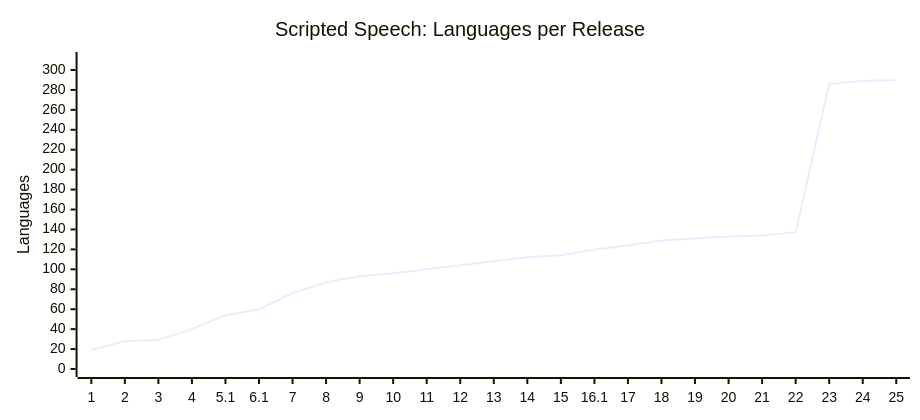
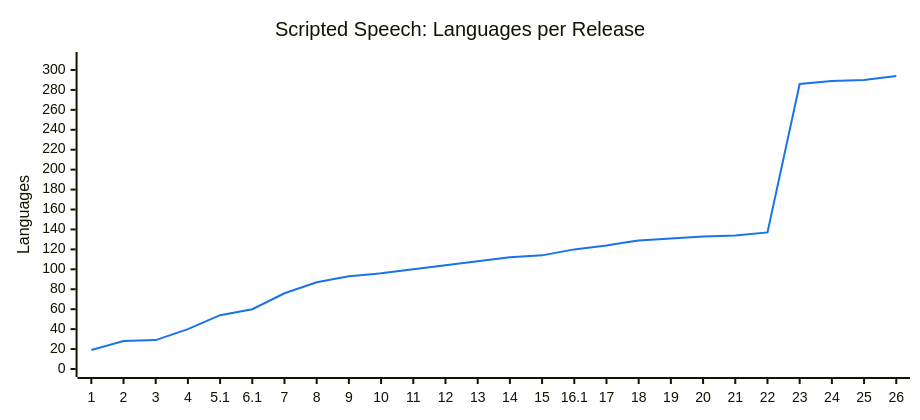
One commit to common-voice/cv-dataset changed the third of 3 diagrams in datasets/scripted-speech/README.md. Above: the diagram before and after it, drawn with Mermaid. The commit also changed other lines of this file and 1 other file, not shown here.

````diff
--- a/datasets/scripted-speech/README.md
+++ b/datasets/scripted-speech/README.md
@@ -48,13 +54,16 @@
 ```mermaid
 ---
 config:
     xyChart:
         width: 900
         height: 400
+    themeVariables:
+        xyChart:
+            plotColorPalette: "#1a73e8"
 ---
 xychart-beta
     title "Scripted Speech: Languages per Release"
-    x-axis ["1","2","3","4","5.1","6.1","7","8","9","10","11","12","13","14","15","16.1","17","18","19","20","21","22","23","24","25"]
+    x-axis ["1","2","3","4","5.1","6.1","7","8","9","10","11","12","13","14","15","16.1","17","18","19","20","21","22","23","24","25","26"]
     y-axis "Languages" 0 --> 310
-    line [19,28,29,40,54,60,76,87,93,96,100,104,108,112,114,120,124,129,131,133,134,137,286,289,290]
+    line [19,28,29,40,54,60,76,87,93,96,100,104,108,112,114,120,124,129,131,133,134,137,286,289,290,294]
 ```
````
